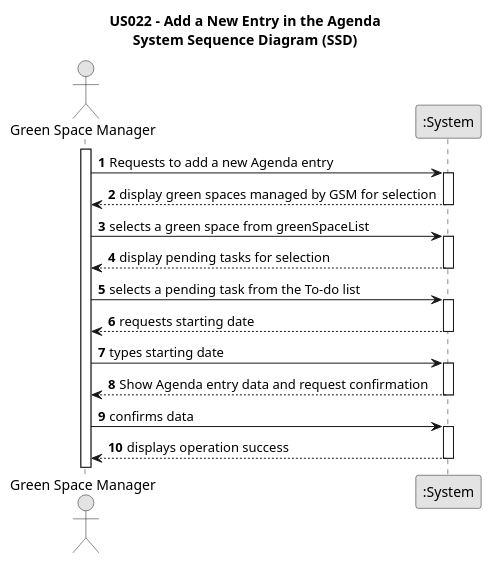
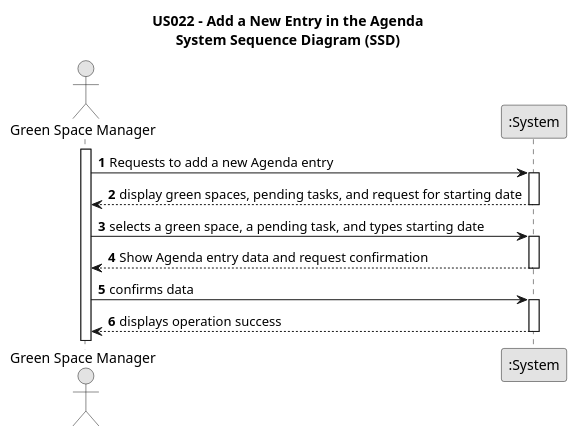
One commit to Mendoncaa/LAPR2 changed the diagram in docs/sprintC/us022/01.requirements-engineering/puml/us022-system-sequence-diagram.puml. Above: the diagram before and after it, drawn with PlantUML. The commit also changed 30 other files, not shown here.

```diff
--- a/docs/sprintC/us022/01.requirements-engineering/puml/us022-system-sequence-diagram.puml
+++ b/docs/sprintC/us022/01.requirements-engineering/puml/us022-system-sequence-diagram.puml
@@ -1,48 +1,34 @@
 @startuml
 skinparam monochrome true
 skinparam packageStyle rectangle
 skinparam shadowing false
 
 title US022 - Add a New Entry in the Agenda\nSystem Sequence Diagram (SSD)
 
 autonumber
 
 actor "Green Space Manager" as GSM
 participant ":System" as System
 
 activate GSM
 
     GSM -> System : Requests to add a new Agenda entry
     activate System
 
-    System --> GSM : display green spaces managed by GSM for selection
-        deactivate System
-
-        GSM -> System : selects a green space from greenSpaceList
-        activate System
-
-        System --> GSM : display pending tasks for selection
+    System --> GSM : display green spaces, pending tasks, and request for starting date
     deactivate System
 
-    GSM -> System : selects a pending task from the To-do list
+    GSM -> System : selects a green space, a pending task, and types starting date
     activate System
 
-
-
-        System --> GSM : requests starting date
+    System --> GSM : Show Agenda entry data and request confirmation
     deactivate System
 
-    GSM -> System : types starting date
+    GSM -> System : confirms data
     activate System
 
-        System --> GSM : Show Agenda entry data and request confirmation
-        deactivate System
+    System --> GSM : displays operation success
 
-        GSM -> System : confirms data
-        activate System
-
-        System --> GSM : displays operation success
-        
-    deactivate System
+deactivate System
 
 @enduml
```
